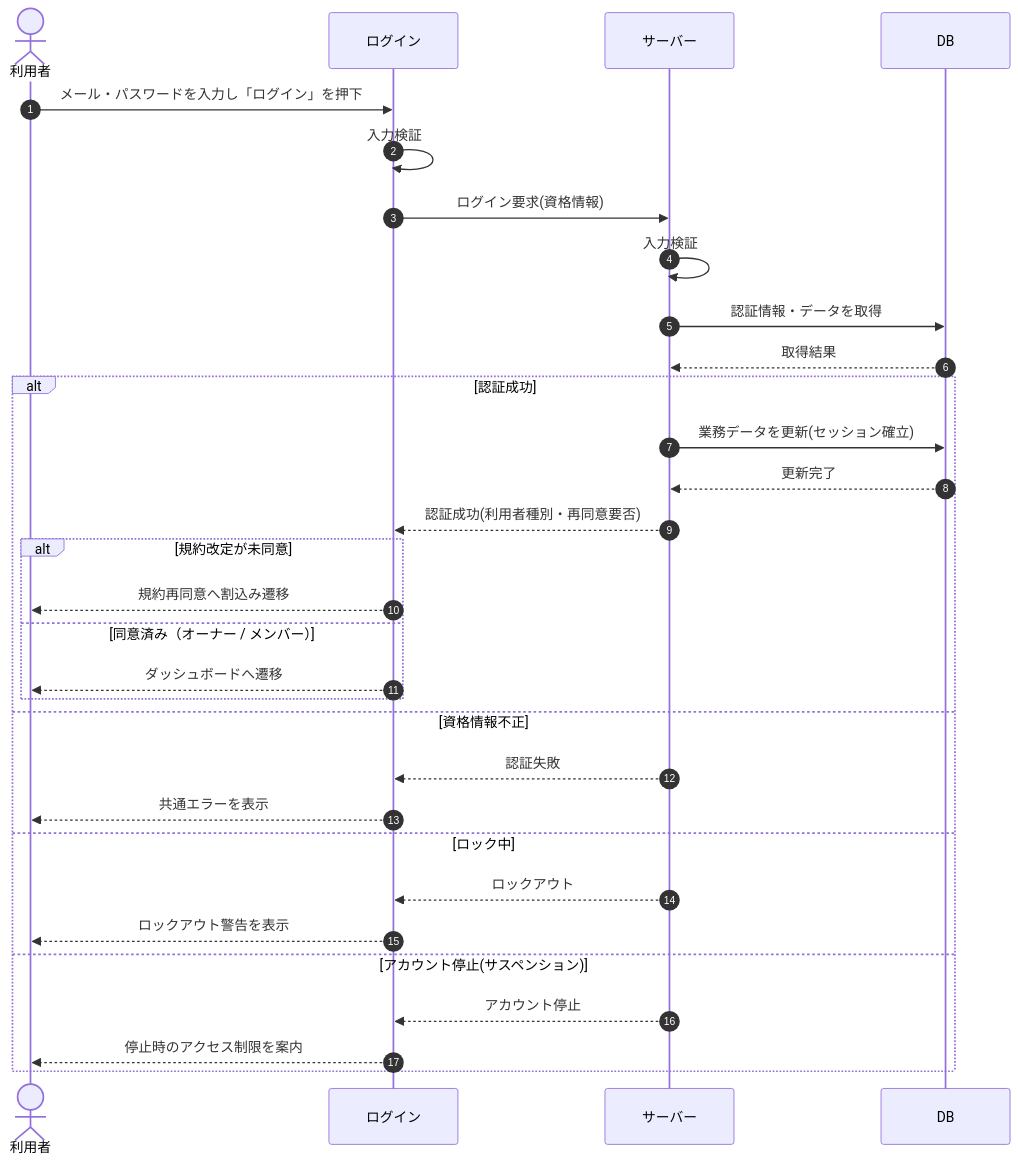
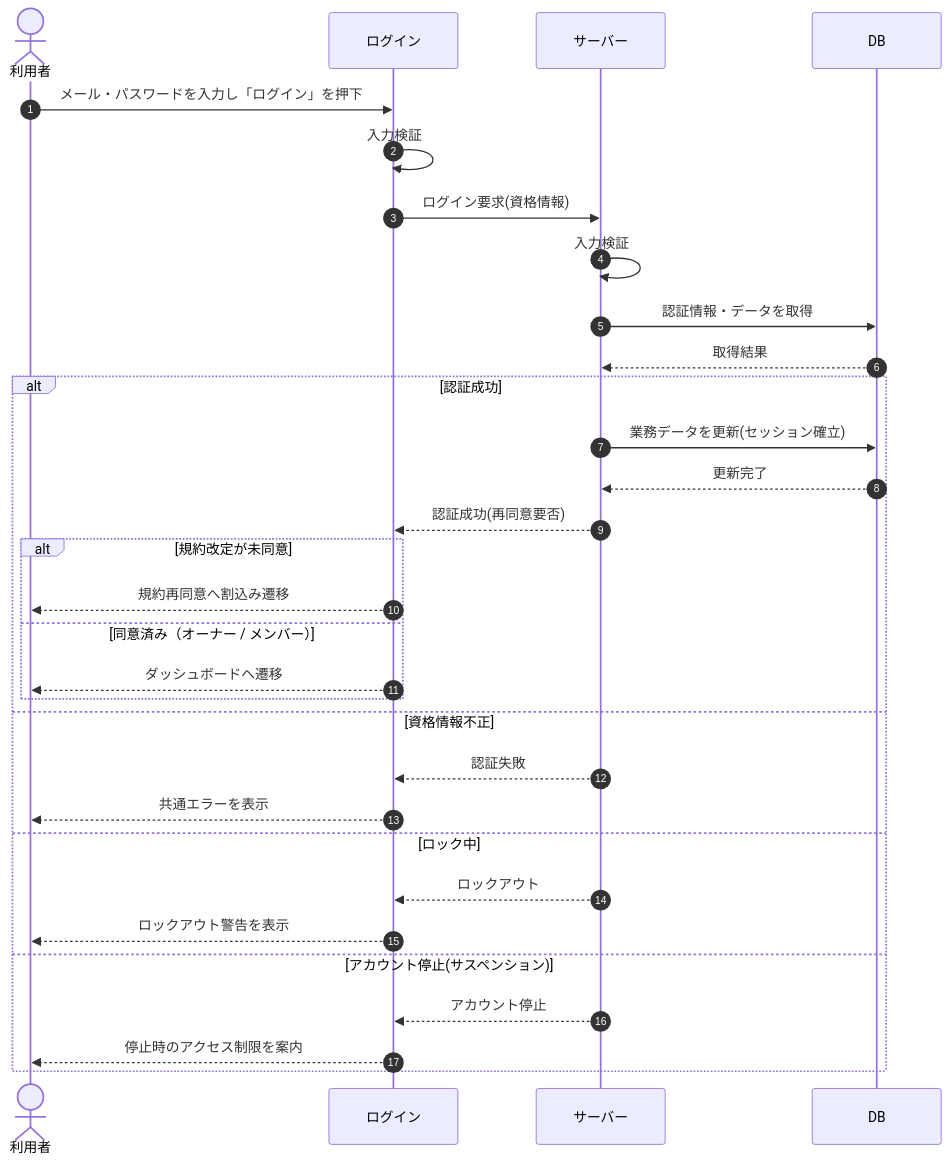
Before and after one commit to sikakou54/open-faq: the diagram in 02_basic_design/03_sequences/SEQ-002.md, drawn with Mermaid. The commit also changed 32 other files, not shown here.

````diff
--- a/02_basic_design/03_sequences/SEQ-002.md
+++ b/02_basic_design/03_sequences/SEQ-002.md
@@ -15,33 +15,33 @@
 ```mermaid
 sequenceDiagram
   autonumber
   actor U as 利用者
   participant Screen as ログイン
   participant Server as サーバー
   participant DB as DB
   U->>Screen: メール・パスワードを入力し「ログイン」を押下
   Screen->>Screen: 入力検証
   Screen->>Server: ログイン要求(資格情報)
   Server->>Server: 入力検証
   Server->>DB: 認証情報・データを取得
   DB-->>Server: 取得結果
   alt 認証成功
     Server->>DB: 業務データを更新(セッション確立)
     DB-->>Server: 更新完了
-    Server-->>Screen: 認証成功(利用者種別・再同意要否)
+    Server-->>Screen: 認証成功(再同意要否)
     alt 規約改定が未同意
       Screen-->>U: 規約再同意へ割込み遷移
     else 同意済み（オーナー / メンバー）
       Screen-->>U: ダッシュボードへ遷移
     end
   else 資格情報不正
     Server-->>Screen: 認証失敗
     Screen-->>U: 共通エラーを表示
   else ロック中
     Server-->>Screen: ロックアウト
     Screen-->>U: ロックアウト警告を表示
   else アカウント停止(サスペンション)
     Server-->>Screen: アカウント停止
     Screen-->>U: 停止時のアクセス制限を案内
   end
 ```
````
